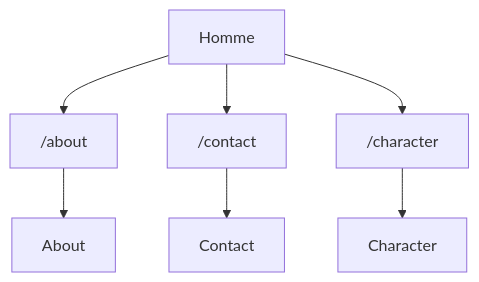
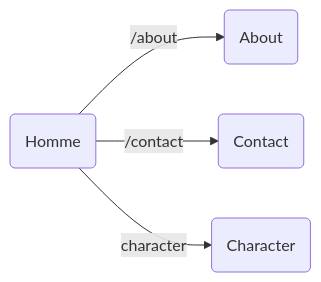
One commit to frouss15/marvel-app changed the diagram in README.md. Above: the diagram before and after it, drawn with Mermaid. The commit also changed other lines of this file, not shown here.

````diff
--- a/README.md
+++ b/README.md
@@ -44,6 +43,6 @@
 ```mermaid
-  graph TD;
-    Homme-->/about-->About;
-    Homme-->/contact-->Contact;
-    Homme-->/character-->Character;
+  graph LR
+    A(Homme)--/about-->B(About);
+    A--/contact-->C(Contact);
+    A--character-->D(Character);
 ```
````
